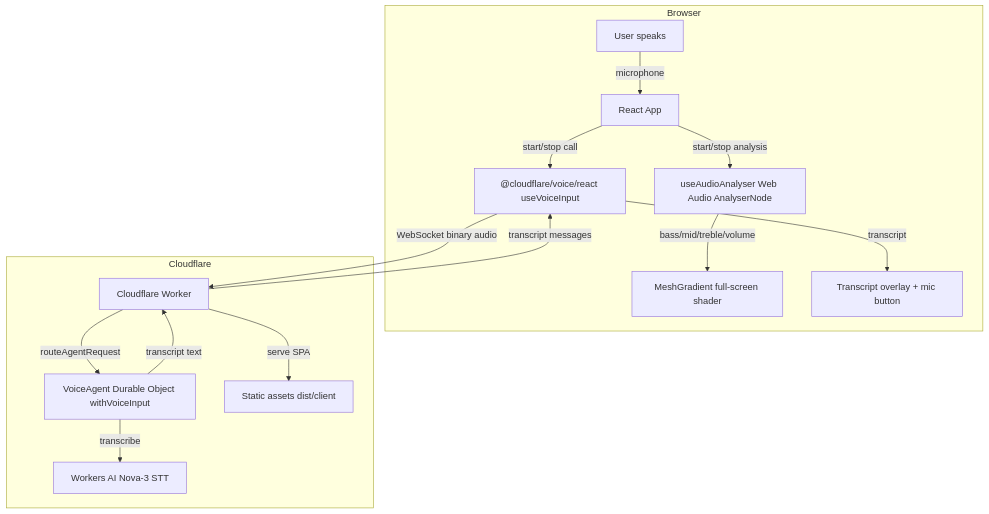
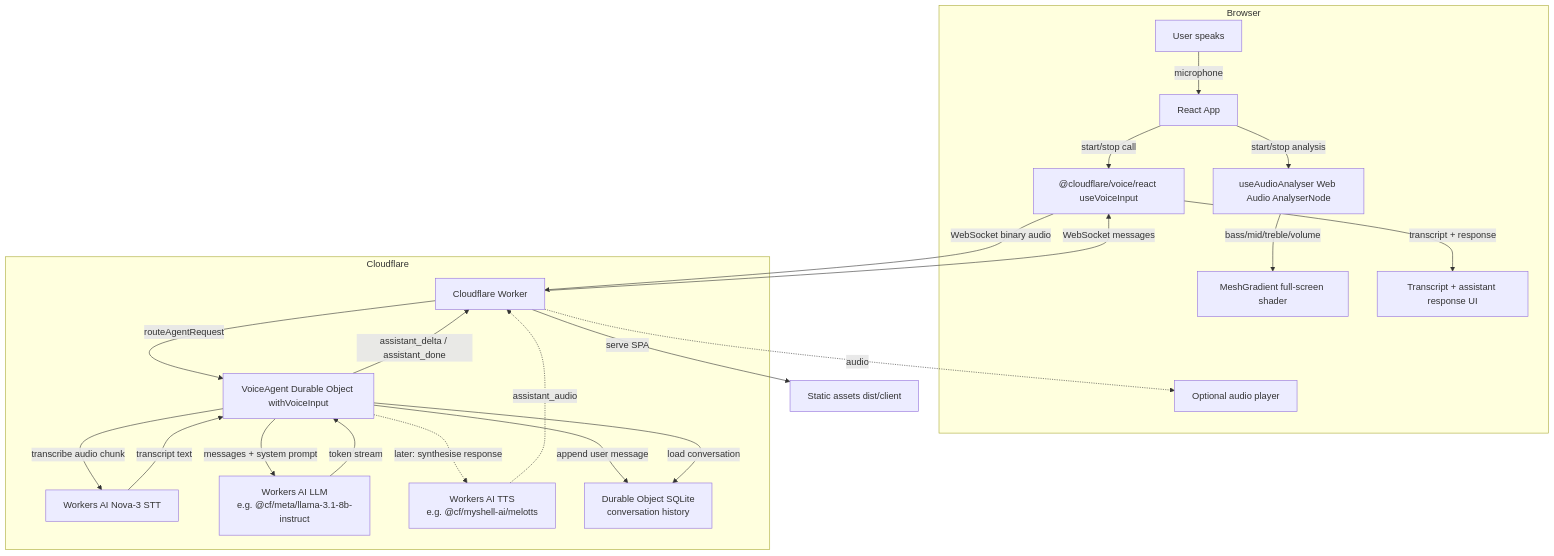
The diagram in docs/architecture.md (chiubaca/roshi), drawn with Mermaid before and after one commit. The commit also changed other lines of this file, not shown here.

````diff
--- a/docs/architecture.md
+++ b/docs/architecture.md
@@ -5,30 +5,47 @@
 ```mermaid
 flowchart TB
     subgraph Browser
         U["User speaks"]
         React["React App"]
         Hook["@cloudflare/voice/react useVoiceInput"]
         Analyser["useAudioAnalyser Web Audio AnalyserNode"]
         Shader["MeshGradient full-screen shader"]
-        UI["Transcript overlay + mic button"]
+        UI["Transcript + assistant response UI"]
+        AudioPlayer["Optional audio player"]
     end
 
     subgraph Cloudflare
         Worker["Cloudflare Worker"]
         Agent["VoiceAgent Durable Object withVoiceInput"]
         STT["Workers AI Nova-3 STT"]
-        Assets["Static assets dist/client"]
+        LLM["Workers AI LLM\ne.g. @cf/meta/llama-3.1-8b-instruct"]
+        TTS["Workers AI TTS\ne.g. @cf/myshell-ai/melotts"]
+        DB["Durable Object SQLite\nconversation history"]
     end
 
     U -->|microphone| React
     React -->|start/stop call| Hook
     React -->|start/stop analysis| Analyser
     Analyser -->|bass/mid/treble/volume| Shader
+
     Hook -->|WebSocket binary audio| Worker
     Worker -->|routeAgentRequest| Agent
-    Agent -->|transcribe| STT
-    Agent -->|transcript text| Worker
-    Worker -->|transcript messages| Hook
-    Hook -->|transcript| UI
-    Worker -->|serve SPA| Assets
+
+    Agent -->|transcribe audio chunk| STT
+    STT -->|transcript text| Agent
+
+    Agent -->|append user message| DB
+    Agent -->|load conversation| DB
+    Agent -->|messages + system prompt| LLM
+    LLM -->|token stream| Agent
+
+    Agent -->|assistant_delta / assistant_done| Worker
+    Worker -->|WebSocket messages| Hook
+    Hook -->|transcript + response| UI
+
+    Agent -.->|later: synthesise response| TTS
+    TTS -.->|assistant_audio| Worker
+    Worker -.->|audio| AudioPlayer
+
+    Worker -->|serve SPA| Assets["Static assets dist/client"]
 ```
````
